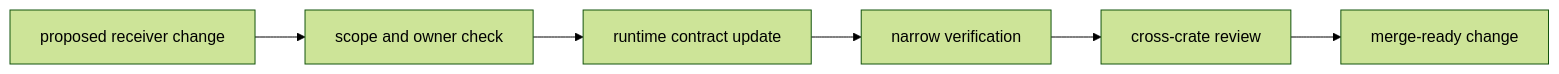
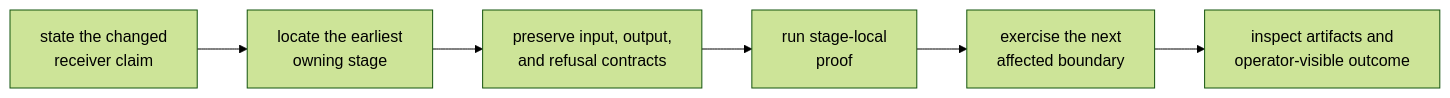
The first of 2 diagrams in docs/05-bijux-gnss-receiver/operations/index.md (bijux/bijux-telecom), drawn with Mermaid (forest theme) before and after one commit. The commit also changed other lines of this file and 1 other file, not shown here.

Commit message:
docs(receiver): trace claims through stage evidence

````diff
--- a/docs/05-bijux-gnss-receiver/operations/index.md
+++ b/docs/05-bijux-gnss-receiver/operations/index.md
@@ -18,11 +38,11 @@
 ```mermaid
 flowchart LR
-    change["proposed receiver change"]
-    scope["scope and owner check"]
-    docs["runtime contract update"]
-    tests["narrow verification"]
-    review["cross-crate review"]
-    release["merge-ready change"]
+    claim["state the changed<br/>receiver claim"]
+    stage["locate the earliest<br/>owning stage"]
+    boundary["preserve input, output,<br/>and refusal contracts"]
+    proof["run stage-local<br/>proof"]
+    handoff["exercise the next<br/>affected boundary"]
+    outcome["inspect artifacts and<br/>operator-visible outcome"]
 
-    change --> scope --> docs --> tests --> review --> release
+    claim --> stage --> boundary --> proof --> handoff --> outcome
 ```
````
